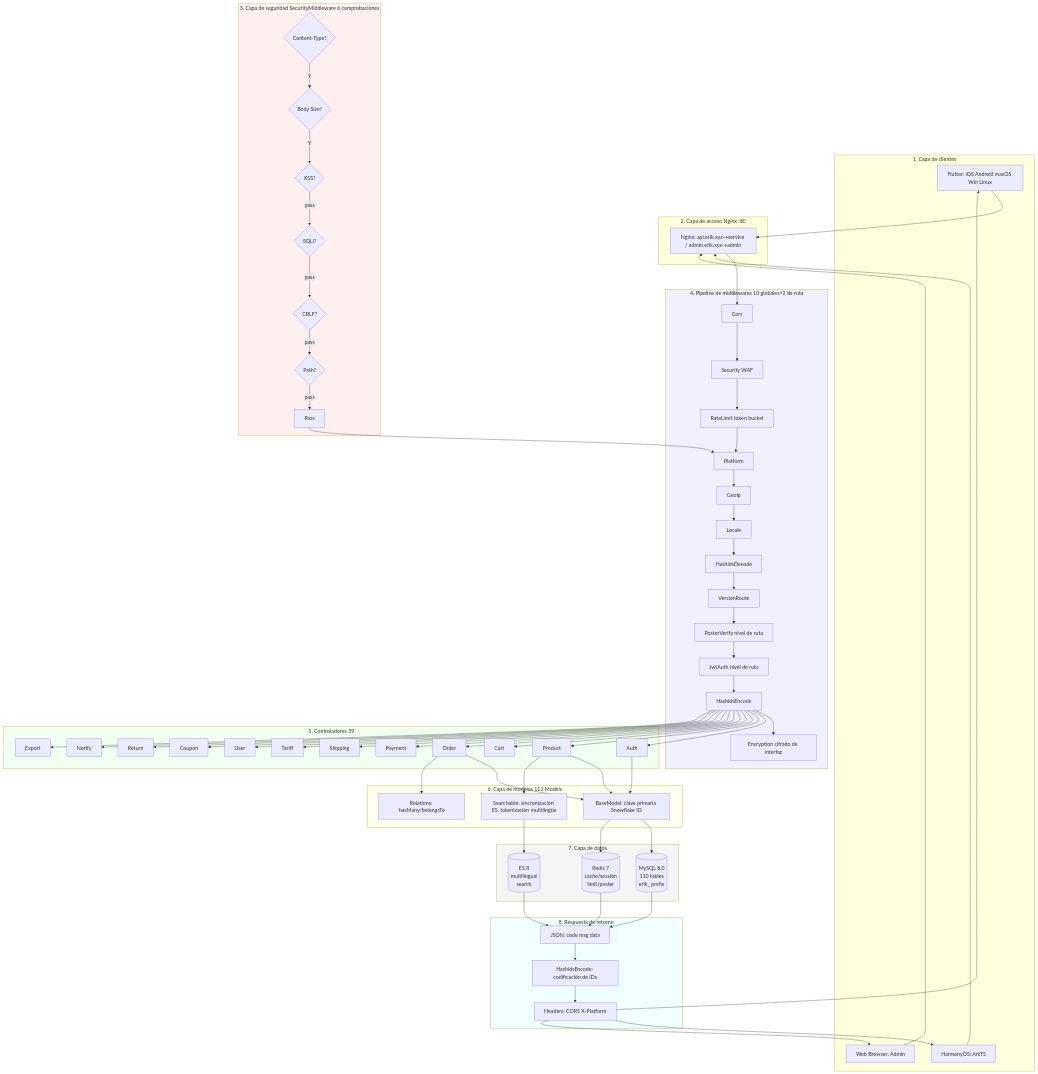
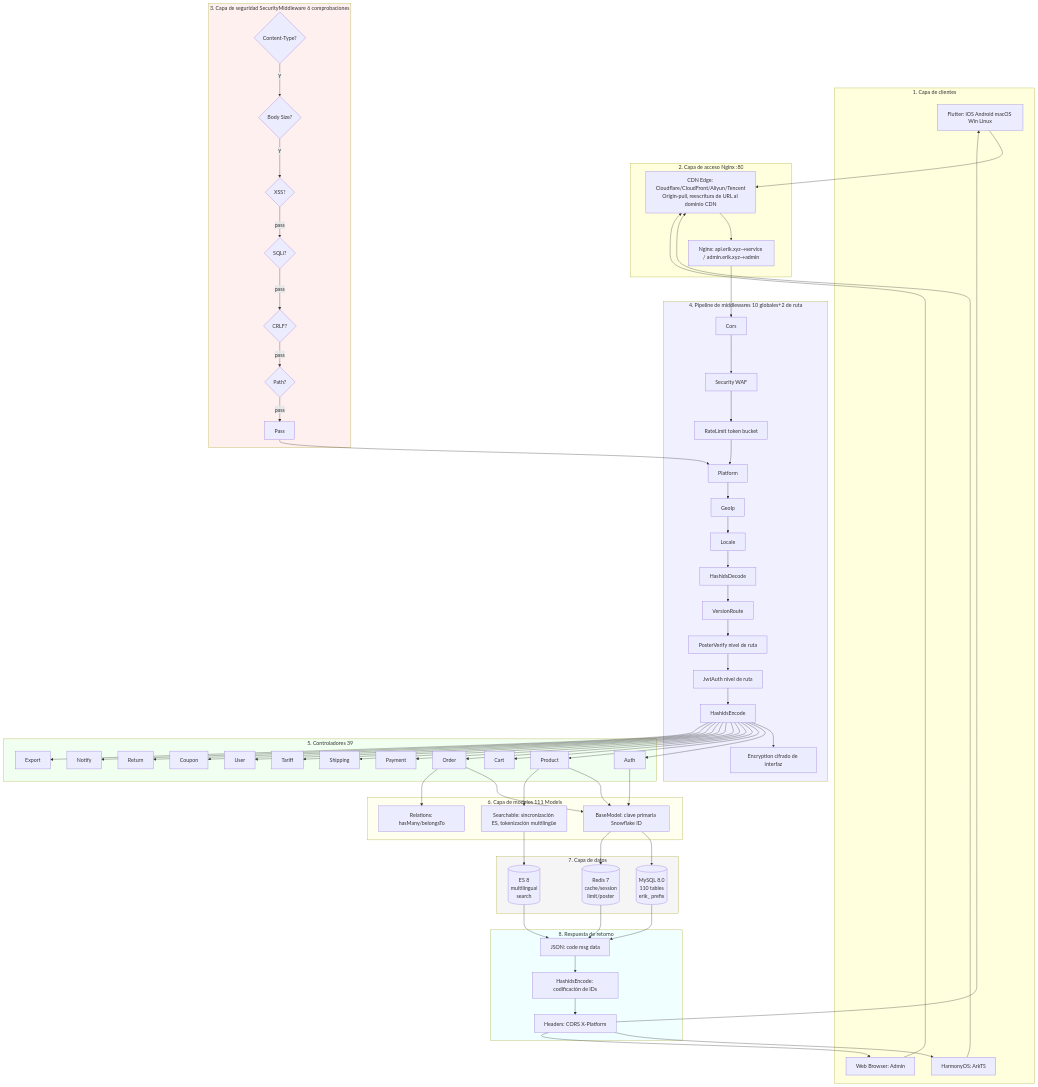
Before and after one commit to erikwang2013/erik-shop: the second of 6 diagrams in docs/i18n/es/architecture-full.md, drawn with Mermaid. The commit also changed other lines of this file and 191 other files, not shown here.

First line of the commit message:
v1.2.0：CDN 内容分发接入（Origin-Pull 回源 + 四大云厂商适配 + 管理端配置/刷新/日志 + 上传持久化 + 全文档与12语言i18n同步 + Crypto 捐赠图文入库）

````diff
--- a/docs/i18n/es/architecture-full.md
+++ b/docs/i18n/es/architecture-full.md
@@ -71,73 +75,75 @@
 ```mermaid
 graph TB
     subgraph Clients["1. Capa de clientes"]
         FL[Flutter: iOS Android macOS Win Linux]
         HM[HarmonyOS: ArkTS]
         WB[Web Browser: Admin]
     end
     subgraph Gateway["2. Capa de acceso Nginx :80"]
+        CD[CDN Edge: Cloudflare/CloudFront/Aliyun/Tencent<br/>Origin-pull, reescritura de URL al dominio CDN]
         NG[Nginx: api.erik.xyz→service / admin.erik.xyz→admin]
     end
     subgraph Security["3. Capa de seguridad SecurityMiddleware 6 comprobaciones"]
         CT{Content-Type?} -->|Y| BS{Body Size?}
         BS -->|Y| XS{XSS?}
         XS -->|pass| SQ{SQLi?}
         SQ -->|pass| CR{CRLF?}
         CR -->|pass| PT{Path?}
         PT -->|pass| PASS[Pass]
     end
     subgraph Pipeline["4. Pipeline de middlewares 10 globales+2 de ruta"]
         CORS[Cors] --> SEC[Security WAF]
         SEC --> RATE[RateLimit token bucket]
         RATE --> PLAT[Platform]
         PLAT --> GEO[GeoIp]
         GEO --> LOC[Locale]
         LOC --> HDEC[HashidsDecode]
         HDEC --> VER[VersionRoute]
         VER --> POSTV[PosterVerify nivel de ruta]
         POSTV --> JWT[JwtAuth nivel de ruta]
         JWT --> HENC[HashidsEncode]
         HENC --> ENC[Encryption cifrado de interfaz]
     end
     subgraph Controllers["5. Controladores 39"]
         AUTH[Auth] & PROD[Product] & CART[Cart]
         ORD[Order] & PAY[Payment] & SHIP[Shipping]
         TARI[Tariff] & USER[User] & COUP[Coupon]
         RET[Return] & NOTI[Notify] & EXPORT[Export]
     end
     subgraph Models["6. Capa de modelos 111 Models"]
         BM[BaseModel: clave primaria Snowflake ID]
         REL[Relations: hasMany/belongsTo]
         SRCH[Searchable: sincronización ES, tokenización multilingüe]
     end
     subgraph Data["7. Capa de datos"]
         MySQL[(MySQL 8.0<br/>110 tables<br/>erik_ prefix)]
         Redis[(Redis 7<br/>cache/session<br/>limit/poster)]
         ES[(ES 8<br/>multilingual<br/>search)]
     end
     subgraph Response["8. Respuesta de retorno"]
         JSON[JSON: code msg data]
         OUTENC[HashidsEncode: codificación de IDs]
         HEADERS[Headers: CORS X-Platform]
     end
 
-    FL & HM & WB --> NG
+    FL & HM & WB --> CD
+    CD --> NG
     NG --> CORS
     PASS --> PLAT
     HENC --> AUTH & PROD & CART & ORD & PAY & SHIP & TARI & USER & COUP & RET & NOTI & EXPORT
     AUTH & PROD & ORD --> BM
     ORD --> REL
     PROD --> SRCH
     BM --> MySQL & Redis
     SRCH --> ES
     MySQL & Redis & ES --> JSON
     JSON --> OUTENC --> HEADERS
     HEADERS --> FL & HM & WB
 
     style Security fill:#fff0f0
     style Pipeline fill:#f0f0ff
     style Controllers fill:#f0fff0
     style Models fill:#fffff0
     style Data fill:#f5f5f5
     style Response fill:#f0ffff
 ```
````
